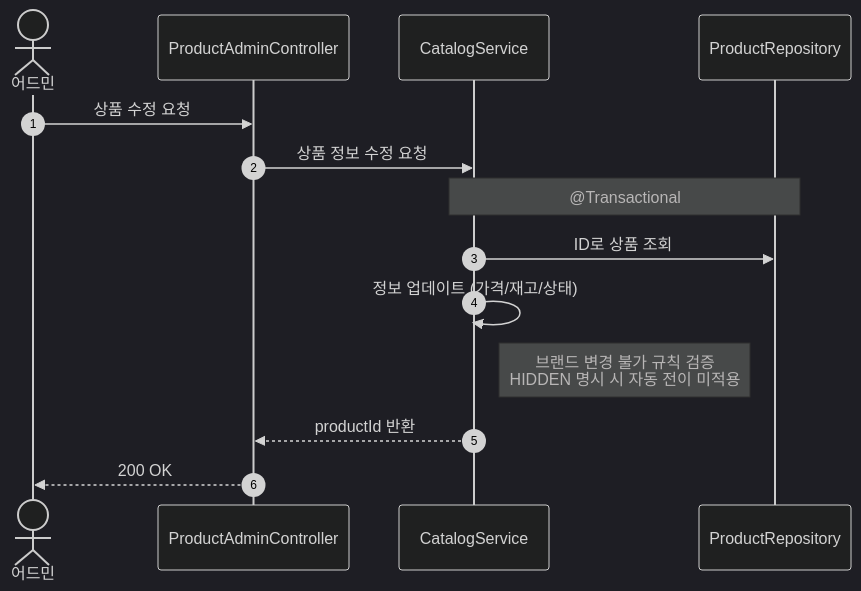
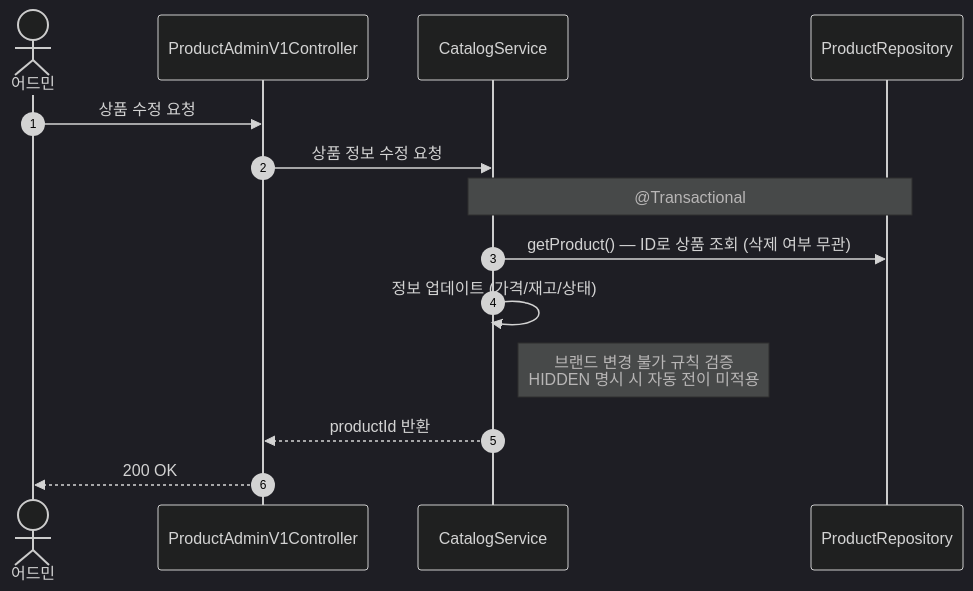
One commit to Loopers-dev-lab/loop-pack-be-l2-vol3-kotlin changed diagram 13 of 26 in docs/design/02-sequence-diagrams.md. Above: the diagram before and after it, drawn with Mermaid (dark theme). The commit also changed other lines of this file and 7 other files, not shown here.

````diff
--- a/docs/design/02-sequence-diagrams.md
+++ b/docs/design/02-sequence-diagrams.md
@@ -309,16 +341,16 @@
 ```mermaid
 sequenceDiagram
     autonumber
     actor Admin as 어드민
-    participant C as ProductAdminController
+    participant C as ProductAdminV1Controller
     participant S as CatalogService
     participant R as ProductRepository
     Admin ->> C: 상품 수정 요청
     C ->> S: 상품 정보 수정 요청
     Note over S, R: @Transactional
-    S ->> R: ID로 상품 조회
+    S ->> R: getProduct() — ID로 상품 조회 (삭제 여부 무관)
     S ->> S: 정보 업데이트 (가격/재고/상태)
     Note right of S: 브랜드 변경 불가 규칙 검증<br/>HIDDEN 명시 시 자동 전이 미적용
     S -->> C: productId 반환
     C -->> Admin: 200 OK
 ```
````
